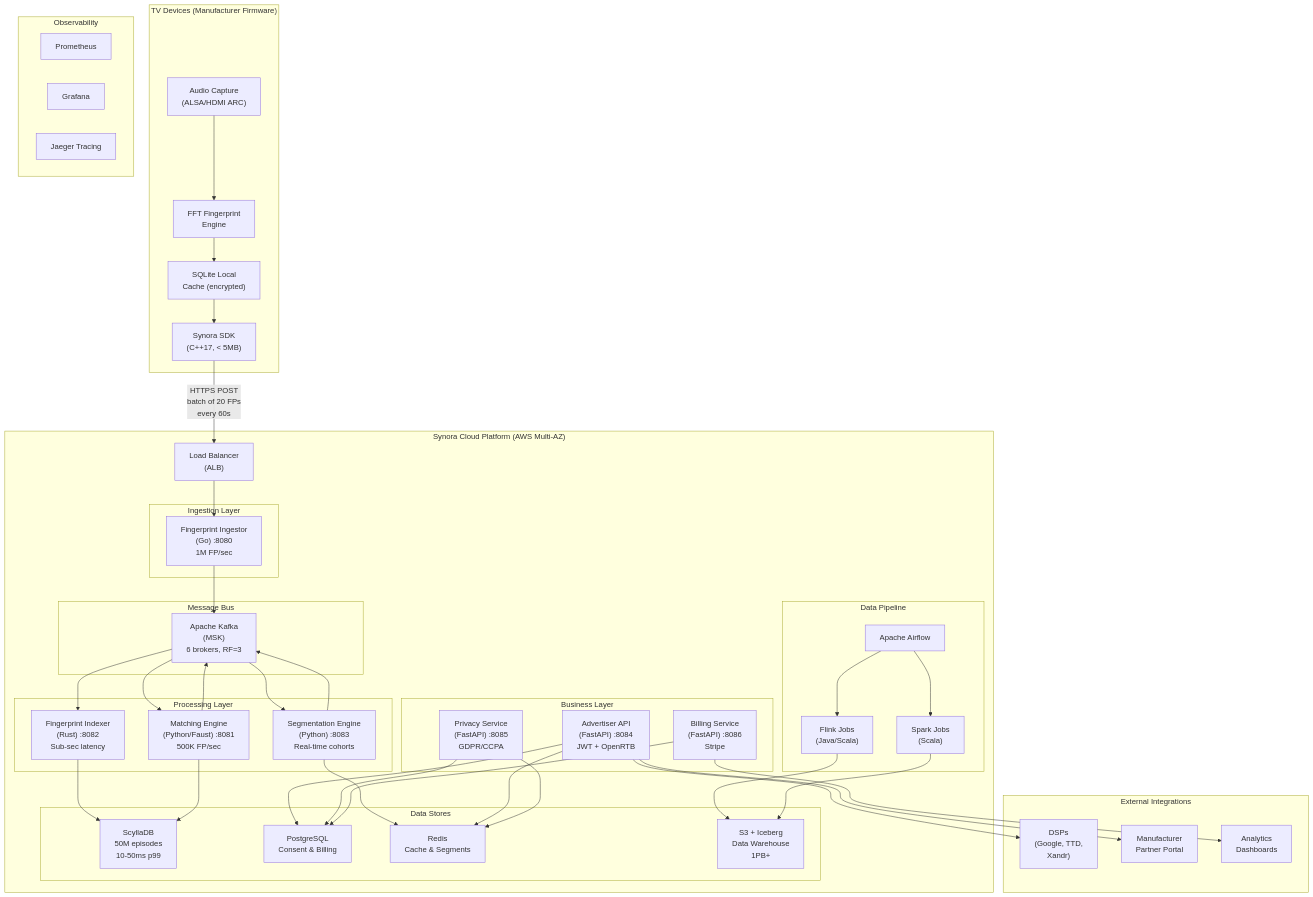
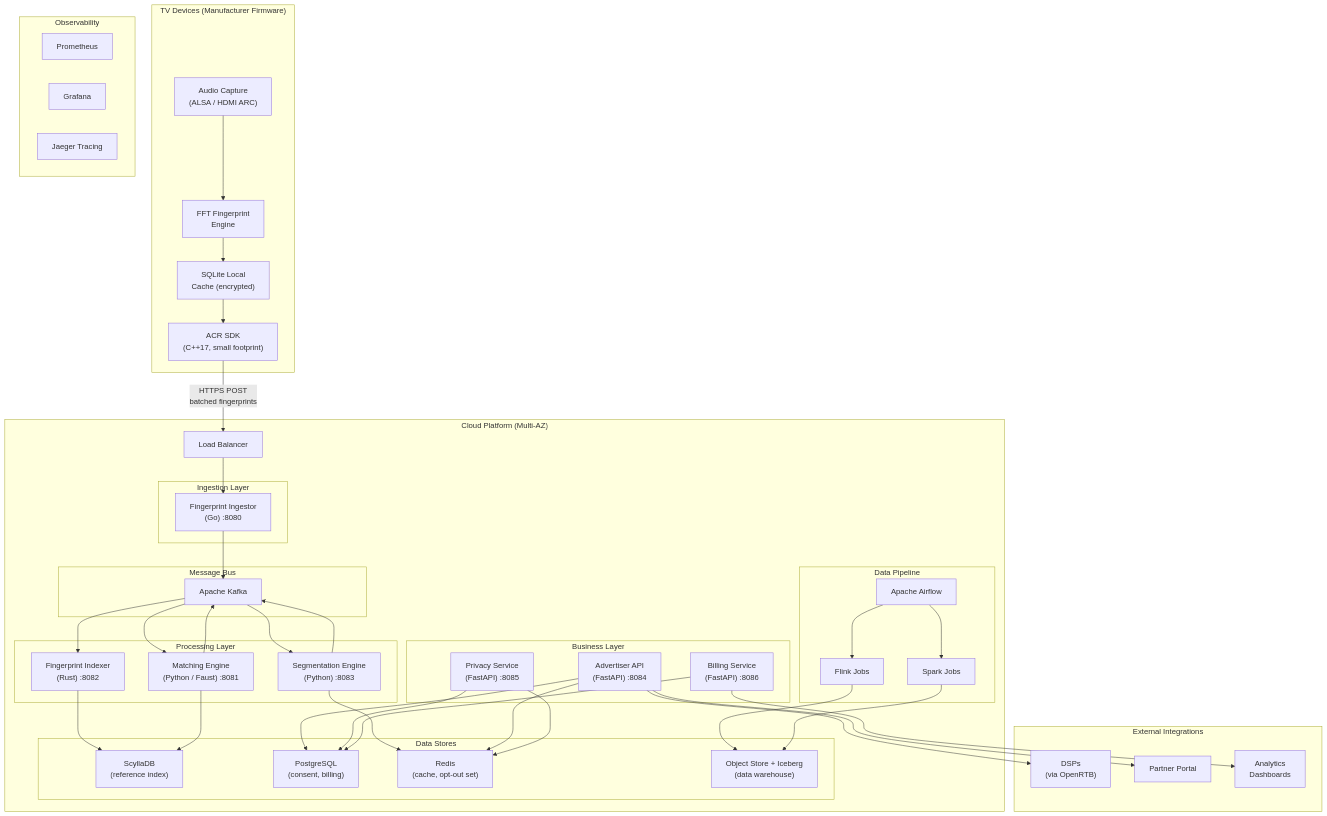
One commit to ksmettela/Synora changed the first of 12 diagrams in PRODUCT_BLOG.md. Above: the diagram before and after it, drawn with Mermaid. The commit also changed other lines of this file and 27 other files, not shown here.

````diff
--- a/PRODUCT_BLOG.md
+++ b/PRODUCT_BLOG.md
@@ -35,50 +42,50 @@
 ```mermaid
 graph TB
     subgraph "TV Devices (Manufacturer Firmware)"
-        SDK["Synora SDK<br/>(C++17, < 5MB)"]
-        AC["Audio Capture<br/>(ALSA/HDMI ARC)"]
+        SDK["ACR SDK<br/>(C++17, small footprint)"]
+        AC["Audio Capture<br/>(ALSA / HDMI ARC)"]
         FFT["FFT Fingerprint<br/>Engine"]
         LC["SQLite Local<br/>Cache (encrypted)"]
         AC --> FFT --> LC
         LC --> SDK
     end
 
-    SDK -->|"HTTPS POST<br/>batch of 20 FPs<br/>every 60s"| LB
+    SDK -->|"HTTPS POST<br/>batched fingerprints"| LB
 
-    subgraph "Synora Cloud Platform (AWS Multi-AZ)"
-        LB["Load Balancer<br/>(ALB)"]
-        
+    subgraph "Cloud Platform (Multi-AZ)"
+        LB["Load Balancer"]
+
         subgraph "Ingestion Layer"
-            ING["Fingerprint Ingestor<br/>(Go) :8080<br/>1M FP/sec"]
+            ING["Fingerprint Ingestor<br/>(Go) :8080"]
         end
 
         subgraph "Message Bus"
-            KAFKA["Apache Kafka<br/>(MSK)<br/>6 brokers, RF=3"]
+            KAFKA["Apache Kafka"]
         end
 
         subgraph "Processing Layer"
-            MATCH["Matching Engine<br/>(Python/Faust) :8081<br/>500K FP/sec"]
-            IDX["Fingerprint Indexer<br/>(Rust) :8082<br/>Sub-sec latency"]
-            SEG["Segmentation Engine<br/>(Python) :8083<br/>Real-time cohorts"]
+            MATCH["Matching Engine<br/>(Python / Faust) :8081"]
+            IDX["Fingerprint Indexer<br/>(Rust) :8082"]
+            SEG["Segmentation Engine<br/>(Python) :8083"]
         end
 
         subgraph "Data Stores"
-            SCYLLA["ScyllaDB<br/>50M episodes<br/>10-50ms p99"]
-            PG["PostgreSQL<br/>Consent & Billing"]
-            REDIS["Redis<br/>Cache & Segments"]
-            S3["S3 + Iceberg<br/>Data Warehouse<br/>1PB+"]
+            SCYLLA["ScyllaDB<br/>(reference index)"]
+            PG["PostgreSQL<br/>(consent, billing)"]
+            REDIS["Redis<br/>(cache, opt-out set)"]
+            S3["Object Store + Iceberg<br/>(data warehouse)"]
         end
 
         subgraph "Business Layer"
-            ADV["Advertiser API<br/>(FastAPI) :8084<br/>JWT + OpenRTB"]
-            PRIV["Privacy Service<br/>(FastAPI) :8085<br/>GDPR/CCPA"]
-            BILL["Billing Service<br/>(FastAPI) :8086<br/>Stripe"]
+            ADV["Advertiser API<br/>(FastAPI) :8084"]
+            PRIV["Privacy Service<br/>(FastAPI) :8085"]
+            BILL["Billing Service<br/>(FastAPI) :8086"]
         end
 
         subgraph "Data Pipeline"
             AIRFLOW["Apache Airflow"]
-            FLINK["Flink Jobs<br/>(Java/Scala)"]
-            SPARK["Spark Jobs<br/>(Scala)"]
+            FLINK["Flink Jobs"]
+            SPARK["Spark Jobs"]
         end
 
         LB --> ING
@@ -103,8 +110,8 @@
     end
 
     subgraph "External Integrations"
-        DSP["DSPs<br/>(Google, TTD,<br/>Xandr)"]
-        PORTAL["Manufacturer<br/>Partner Portal"]
+        DSP["DSPs<br/>(via OpenRTB)"]
+        PORTAL["Partner Portal"]
         DASH["Analytics<br/>Dashboards"]
     end
 
````
